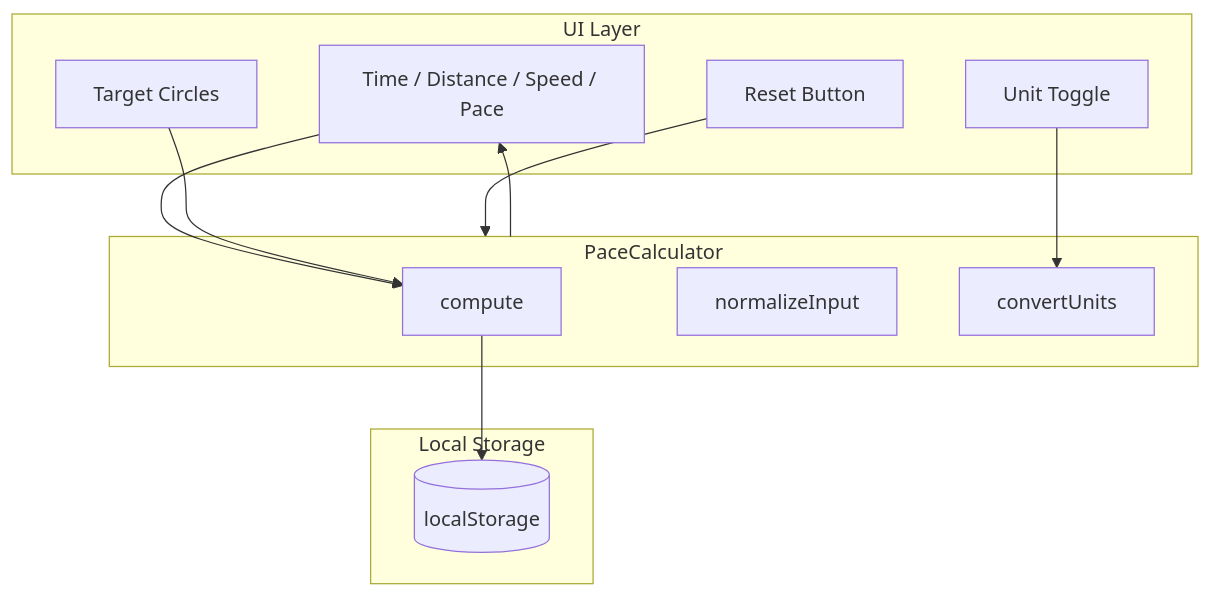
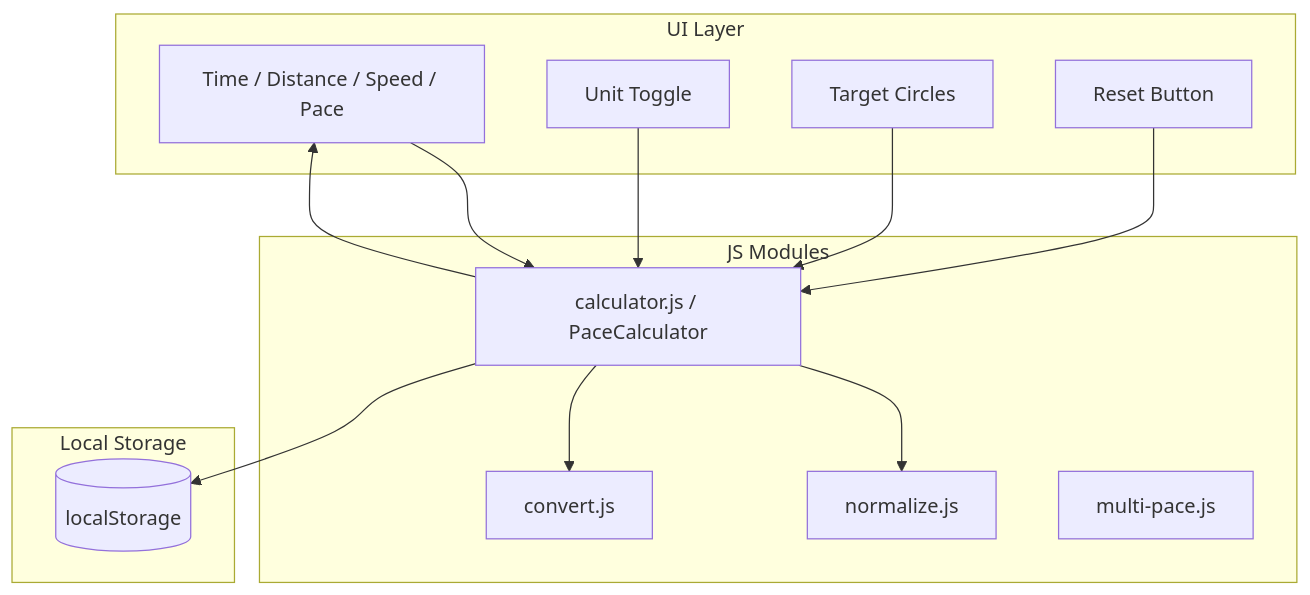
One commit to habizak/DTS-Calc changed the diagram in README.md. Above: the diagram before and after it, drawn with Mermaid. The commit also changed other lines of this file and 8 other files, not shown here.

Commit message:
Refactor calculator into modular ES modules

````diff
--- a/README.md
+++ b/README.md
@@ -27,26 +27,29 @@
 ```mermaid
 flowchart TB
     subgraph UI [UI Layer]
         Fields[Time / Distance / Speed / Pace]
         Toggles[Unit Toggle]
         Circles[Target Circles]
         Reset[Reset Button]
     end
 
-    subgraph Logic [PaceCalculator]
-        Compute[compute]
-        Normalize[normalizeInput]
-        Convert[convertUnits]
+    subgraph Logic [JS Modules]
+        Calculator[calculator.js / PaceCalculator]
+        Normalize[normalize.js]
+        Convert[convert.js]
+        MultiPace[multi-pace.js]
     end
 
     subgraph Storage [Local Storage]
         LS[(localStorage)]
     end
 
-    Fields --> Compute
-    Toggles --> Convert
-    Circles --> Compute
-    Reset --> Logic
-    Compute --> LS
-    Logic --> Fields
+    Fields --> Calculator
+    Toggles --> Calculator
+    Circles --> Calculator
+    Reset --> Calculator
+    Calculator --> Normalize
+    Calculator --> Convert
+    Calculator --> LS
+    Calculator --> Fields
 ```
````
